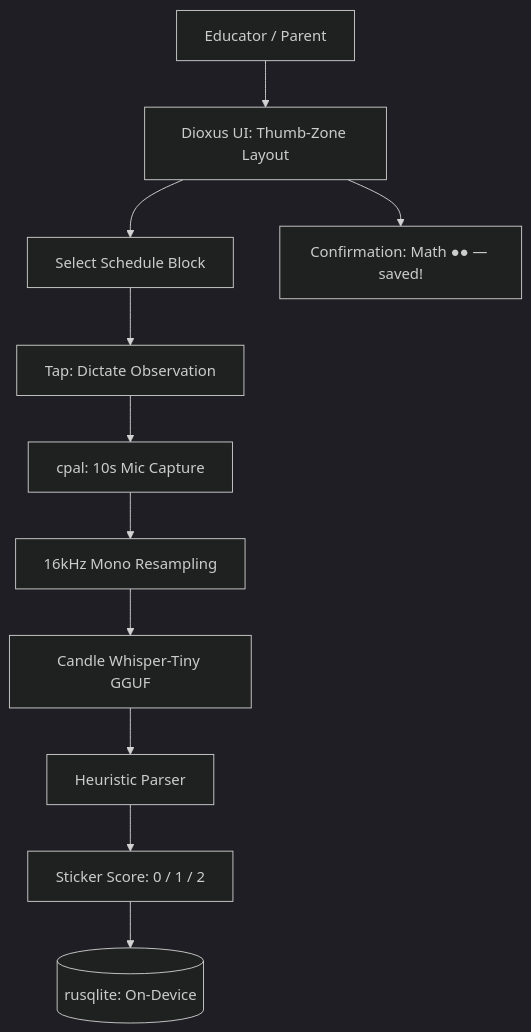
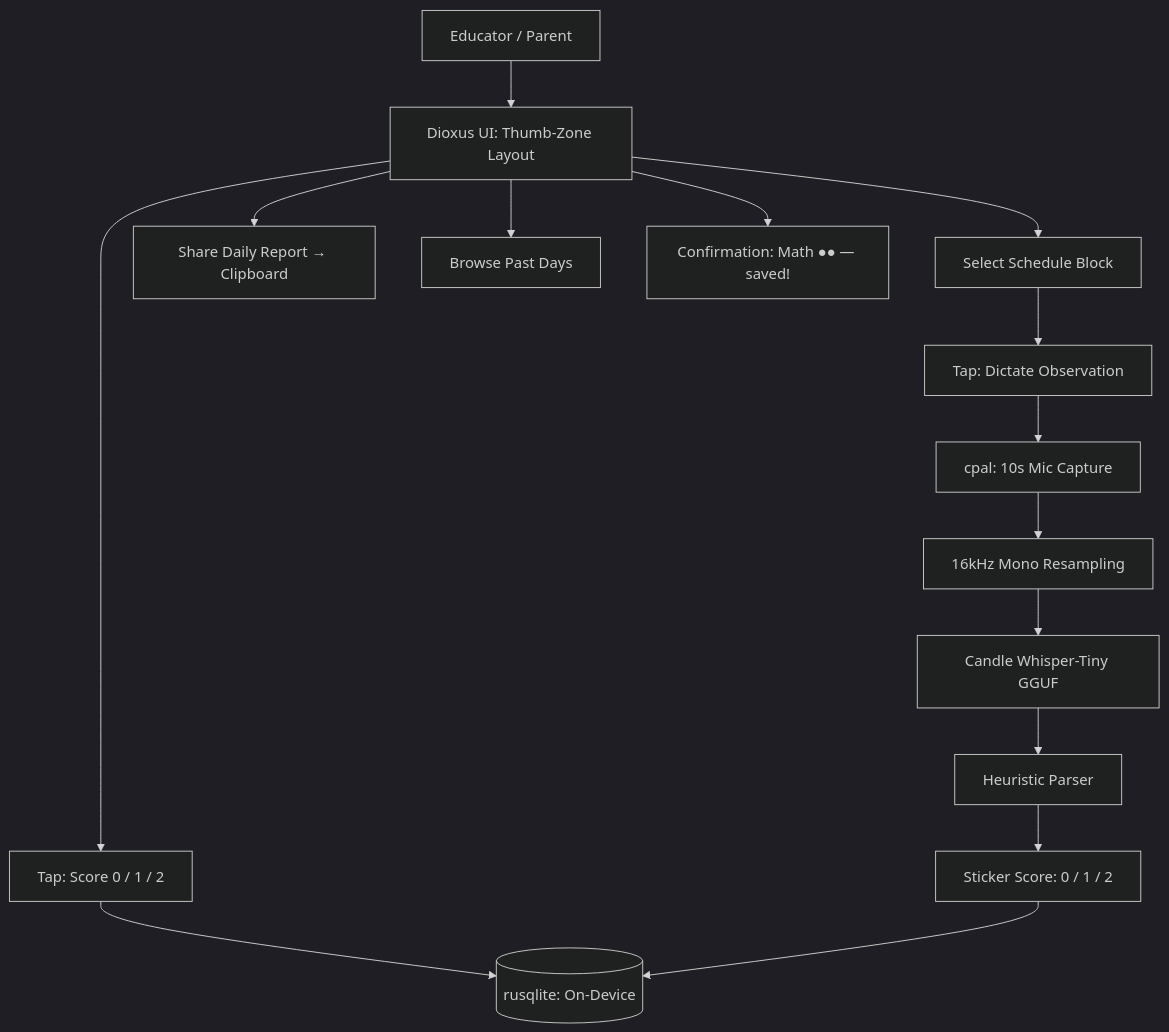
One commit to cochranblock/wowasticker changed the diagram in PROOF_OF_ARTIFACTS.md. Above: the diagram before and after it, drawn with Mermaid (dark theme). The commit also changed other lines of this file and 1 other file, not shown here.

````diff
--- a/PROOF_OF_ARTIFACTS.md
+++ b/PROOF_OF_ARTIFACTS.md
@@ -11,13 +11,17 @@
 ```mermaid
 flowchart TD
     User[Educator / Parent] --> UI[Dioxus UI: Thumb-Zone Layout]
+    UI --> TapScore[Tap: Score 0 / 1 / 2]
     UI --> Select[Select Schedule Block]
     Select --> Dictate[Tap: Dictate Observation]
     Dictate --> Audio[cpal: 10s Mic Capture]
     Audio --> Resample[16kHz Mono Resampling]
     Resample --> Whisper[Candle Whisper-Tiny GGUF]
     Whisper --> Parse[Heuristic Parser]
     Parse --> Score[Sticker Score: 0 / 1 / 2]
-    Score --> DB[(rusqlite: On-Device)]
+    TapScore --> DB[(rusqlite: On-Device)]
+    Score --> DB
+    UI --> Share[Share Daily Report → Clipboard]
+    UI --> History[Browse Past Days]
     UI --> Display[Confirmation: Math ●● — saved!]
 ```
````
